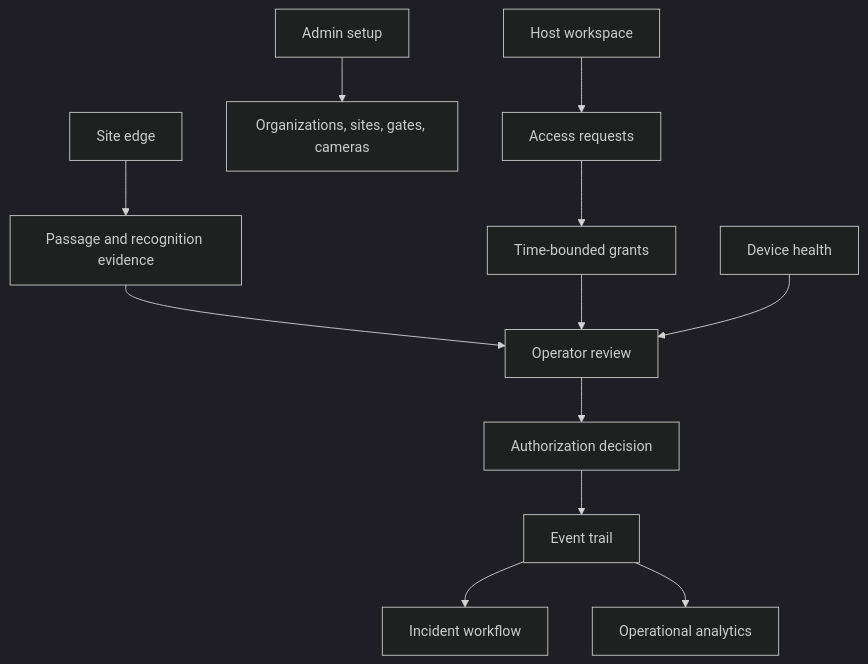
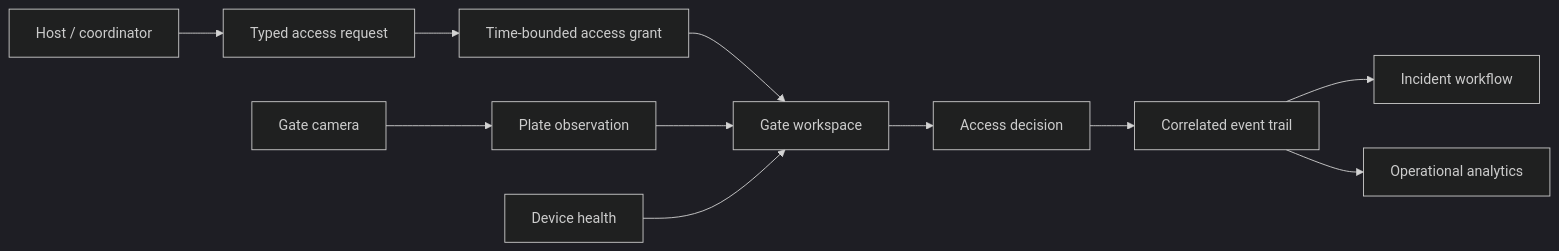
Before and after one commit to Mohemed-Amine-Chalhy/number-plate-recognition: the diagram in docs/platform/product-overview.md, drawn with Mermaid (dark theme). The commit also changed other lines of this file and 20 other files, not shown here.

````diff
--- a/docs/platform/product-overview.md
+++ b/docs/platform/product-overview.md
@@ -160,14 +29,13 @@
 ```mermaid
-flowchart TB
-    Host[Host workspace] --> Requests[Access requests]
-    Admin[Admin setup] --> Topology[Organizations, sites, gates, cameras]
-    Edge[Site edge] --> Passage[Passage and recognition evidence]
-    Requests --> Grants[Time-bounded grants]
-    Passage --> Review[Operator review]
-    Grants --> Review
+flowchart LR
+    Host[Host / coordinator] --> Request[Typed access request]
+    Request --> Grant[Time-bounded access grant]
+    Camera[Gate camera] --> Observation[Plate observation]
+    Grant --> Review[Gate workspace]
+    Observation --> Review
     Health[Device health] --> Review
-    Review --> Decision[Authorization decision]
-    Decision --> Event[Event trail]
+    Review --> Decision[Access decision]
+    Decision --> Event[Correlated event trail]
     Event --> Incident[Incident workflow]
     Event --> Analytics[Operational analytics]
 ```
````
